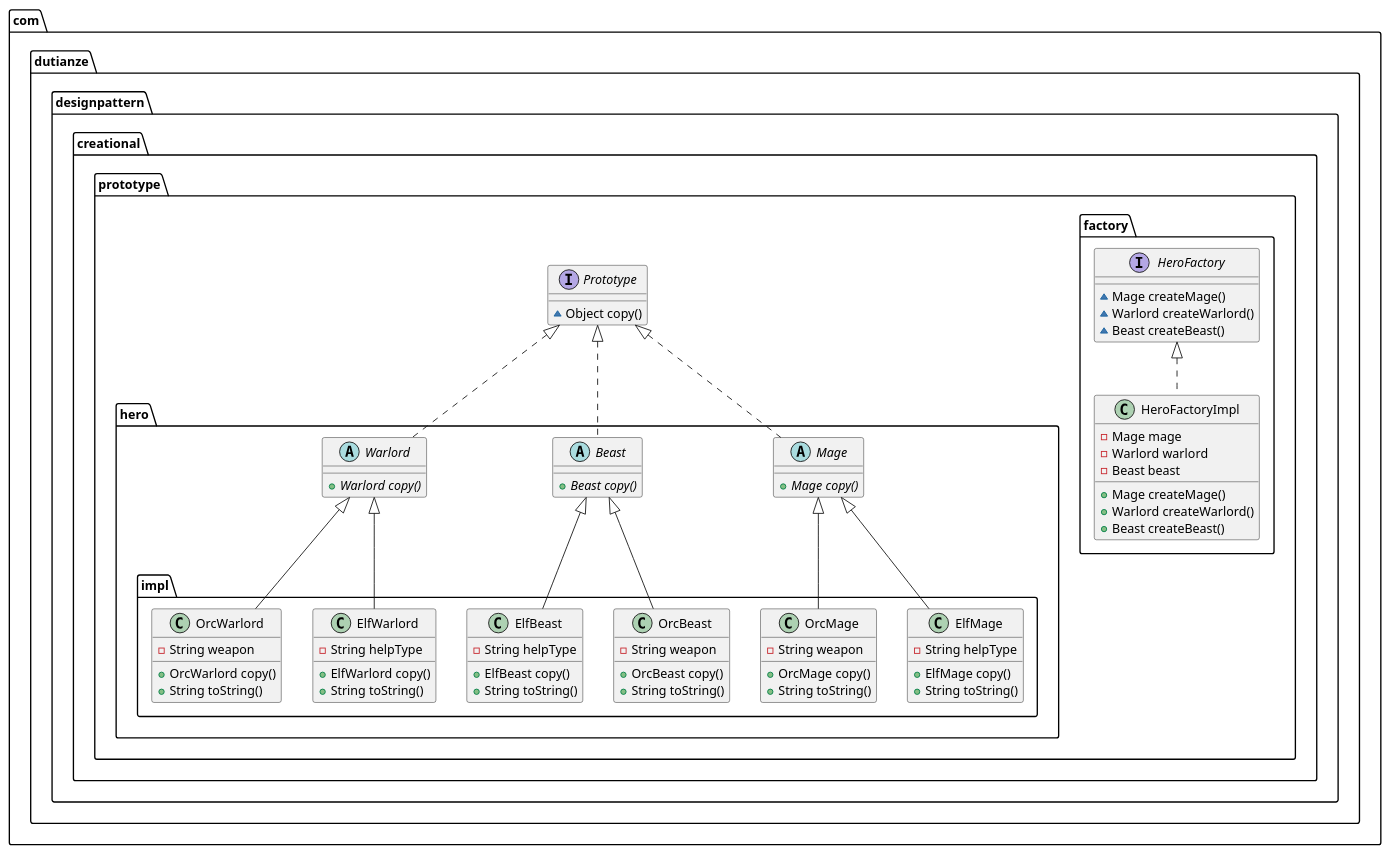
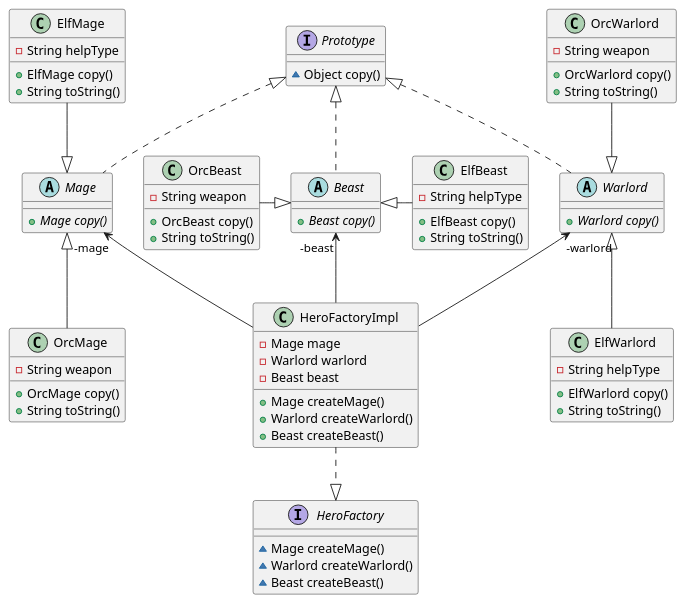
The diagram in design/design-pattern/src/main/java/com/dutianze/designpattern/creational/prototype/prototype.puml (duTianze/my-java), drawn with PlantUML before and after one commit. The commit also changed 3 other files, not shown here.

```diff
--- a/design/design-pattern/src/main/java/com/dutianze/designpattern/creational/prototype/prototype.puml
+++ b/design/design-pattern/src/main/java/com/dutianze/designpattern/creational/prototype/prototype.puml
@@ -1,69 +1,71 @@
 @startuml
-abstract class com.dutianze.designpattern.creational.prototype.hero.Mage {
+abstract class Mage {
 + {abstract}Mage copy()
 }
-class com.dutianze.designpattern.creational.prototype.hero.impl.ElfMage {
+class ElfMage {
 - String helpType
 + ElfMage copy()
 + String toString()
 }
-class com.dutianze.designpattern.creational.prototype.hero.impl.ElfBeast {
+class ElfBeast {
 - String helpType
 + ElfBeast copy()
 + String toString()
 }
-class com.dutianze.designpattern.creational.prototype.hero.impl.ElfWarlord {
+class ElfWarlord {
 - String helpType
 + ElfWarlord copy()
 + String toString()
 }
-interface com.dutianze.designpattern.creational.prototype.factory.HeroFactory {
+interface HeroFactory {
 ~ Mage createMage()
 ~ Warlord createWarlord()
 ~ Beast createBeast()
 }
-interface com.dutianze.designpattern.creational.prototype.Prototype {
+interface Prototype {
 ~ Object copy()
 }
-class com.dutianze.designpattern.creational.prototype.hero.impl.OrcBeast {
+class OrcBeast {
 - String weapon
 + OrcBeast copy()
 + String toString()
 }
-class com.dutianze.designpattern.creational.prototype.hero.impl.OrcWarlord {
+class OrcWarlord {
 - String weapon
 + OrcWarlord copy()
 + String toString()
 }
-class com.dutianze.designpattern.creational.prototype.factory.HeroFactoryImpl {
+class HeroFactoryImpl {
 - Mage mage
 - Warlord warlord
 - Beast beast
 + Mage createMage()
 + Warlord createWarlord()
 + Beast createBeast()
 }
-class com.dutianze.designpattern.creational.prototype.hero.impl.OrcMage {
+class OrcMage {
 - String weapon
 + OrcMage copy()
 + String toString()
 }
-abstract class com.dutianze.designpattern.creational.prototype.hero.Beast {
+abstract class Beast {
 + {abstract}Beast copy()
 }
-abstract class com.dutianze.designpattern.creational.prototype.hero.Warlord {
+abstract class Warlord {
 + {abstract}Warlord copy()
 }
 
-
-com.dutianze.designpattern.creational.prototype.Prototype <|.. com.dutianze.designpattern.creational.prototype.hero.Mage
-com.dutianze.designpattern.creational.prototype.hero.Mage <|-- com.dutianze.designpattern.creational.prototype.hero.impl.ElfMage
-com.dutianze.designpattern.creational.prototype.hero.Beast <|-- com.dutianze.designpattern.creational.prototype.hero.impl.ElfBeast
-com.dutianze.designpattern.creational.prototype.hero.Warlord <|-- com.dutianze.designpattern.creational.prototype.hero.impl.ElfWarlord
-com.dutianze.designpattern.creational.prototype.hero.Beast <|-- com.dutianze.designpattern.creational.prototype.hero.impl.OrcBeast
-com.dutianze.designpattern.creational.prototype.hero.Warlord <|-- com.dutianze.designpattern.creational.prototype.hero.impl.OrcWarlord
-com.dutianze.designpattern.creational.prototype.factory.HeroFactory <|.. com.dutianze.designpattern.creational.prototype.factory.HeroFactoryImpl
-com.dutianze.designpattern.creational.prototype.hero.Mage <|-- com.dutianze.designpattern.creational.prototype.hero.impl.OrcMage
-com.dutianze.designpattern.creational.prototype.Prototype <|.. com.dutianze.designpattern.creational.prototype.hero.Beast
-com.dutianze.designpattern.creational.prototype.Prototype <|.. com.dutianze.designpattern.creational.prototype.hero.Warlord
+HeroFactoryImpl -up->  "-beast" Beast
+HeroFactoryImpl -up->  "-warlord" Warlord
+HeroFactoryImpl -up->  "-mage" Mage
+Beast .up.|> Prototype
+ElfBeast -left-|> Beast
+ElfMage --|> Mage
+ElfWarlord -up-|> Warlord
+HeroFactoryImpl ..|> HeroFactory
+Mage .up.|> Prototype
+OrcBeast -right-|> Beast
+OrcMage -up-|> Mage
+OrcWarlord --|> Warlord
+Warlord .up.|> Prototype
 @enduml
```
